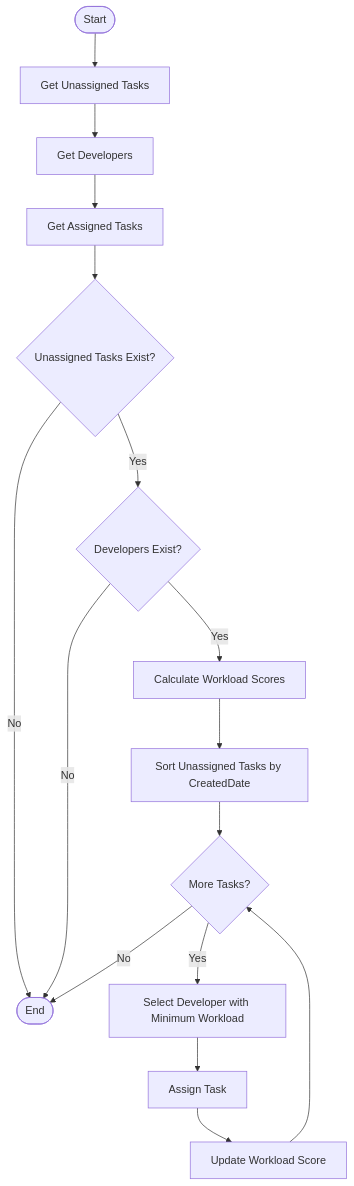
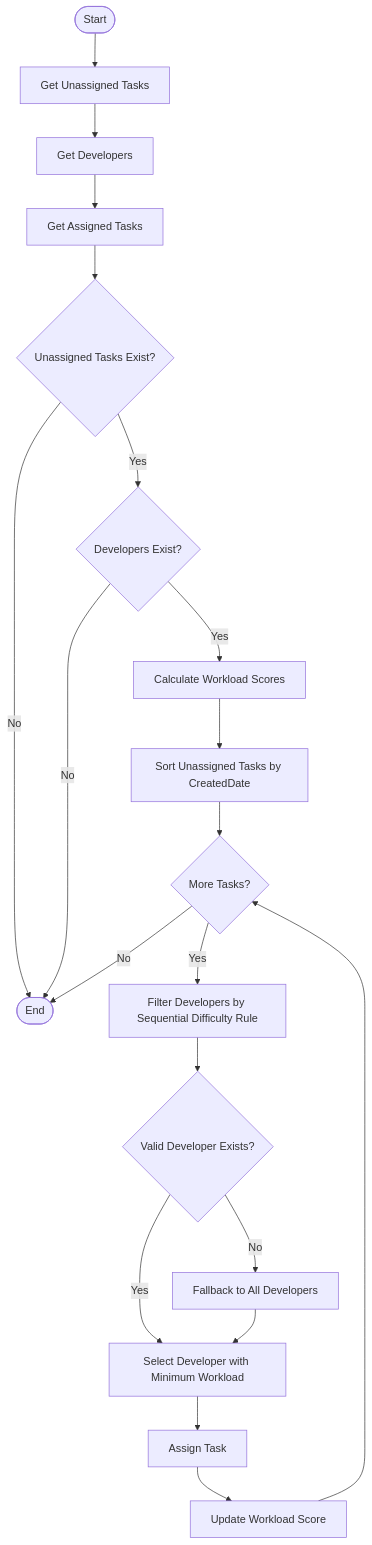
Before and after one commit to berkayozturkk/TaskFlow: the diagram in README.md, drawn with Mermaid.

Commit message:
LeastWorkloadStrategy değiştirilmesi sonrası flowchart'ın güncellenmesi

````diff
--- a/README.md
+++ b/README.md
@@ -35,26 +35,32 @@
 ```mermaid
 flowchart TD
 
     A([Start]) --> B["Get Unassigned Tasks"]
     B --> C["Get Developers"]
     C --> D["Get Assigned Tasks"]
 
     D --> E{"Unassigned Tasks Exist?"}
     E -- No --> Z([End])
     E -- Yes --> F{"Developers Exist?"}
 
     F -- No --> Z
     F -- Yes --> G["Calculate Workload Scores"]
 
     G --> H["Sort Unassigned Tasks by CreatedDate"]
 
     H --> I{"More Tasks?"}
     I -- No --> Z
-    I -- Yes --> J["Select Developer with Minimum Workload"]
+    I -- Yes --> J["Filter Developers by Sequential Difficulty Rule"]
 
-    J --> K["Assign Task"]
+    J --> K{"Valid Developer Exists?"}
+    K -- No --> L["Fallback to All Developers"]
+    K -- Yes --> M["Select Developer with Minimum Workload"]
 
-    K --> L["Update Workload Score"]
+    L --> M
+    M --> N["Assign Task"]
 
-    L --> I
+    N --> O["Update Workload Score"]
+
+    O --> I
+
 ```
````
